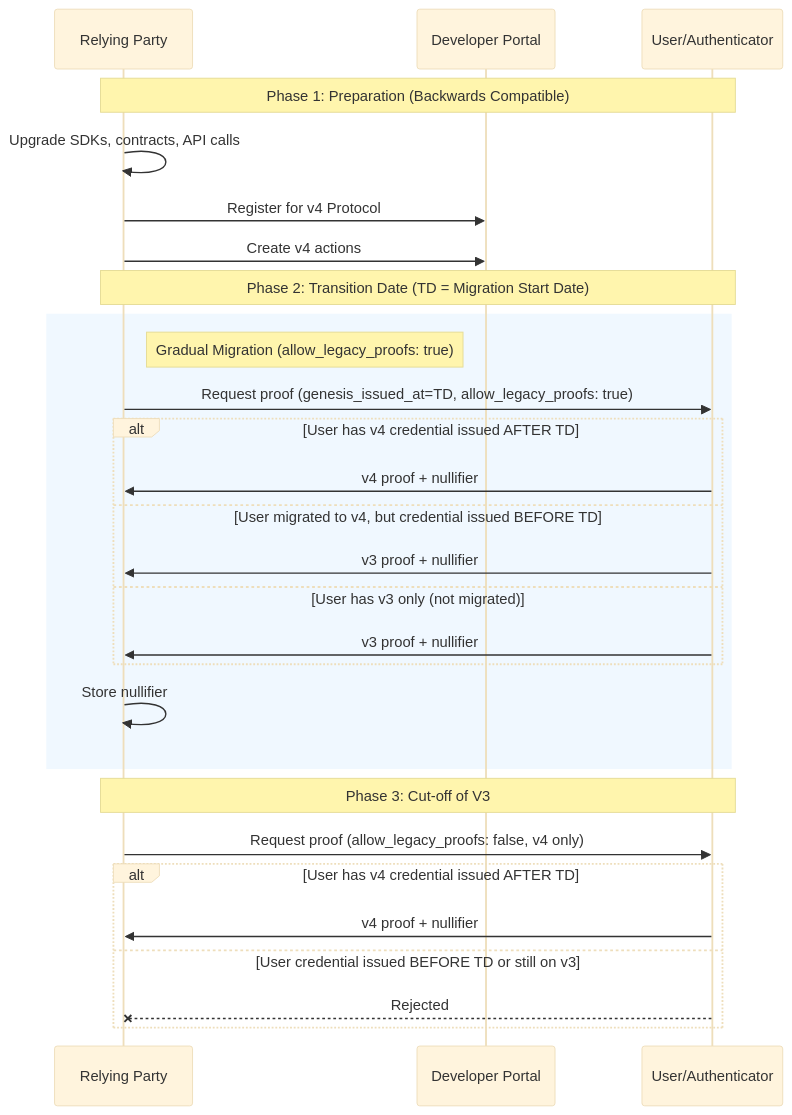
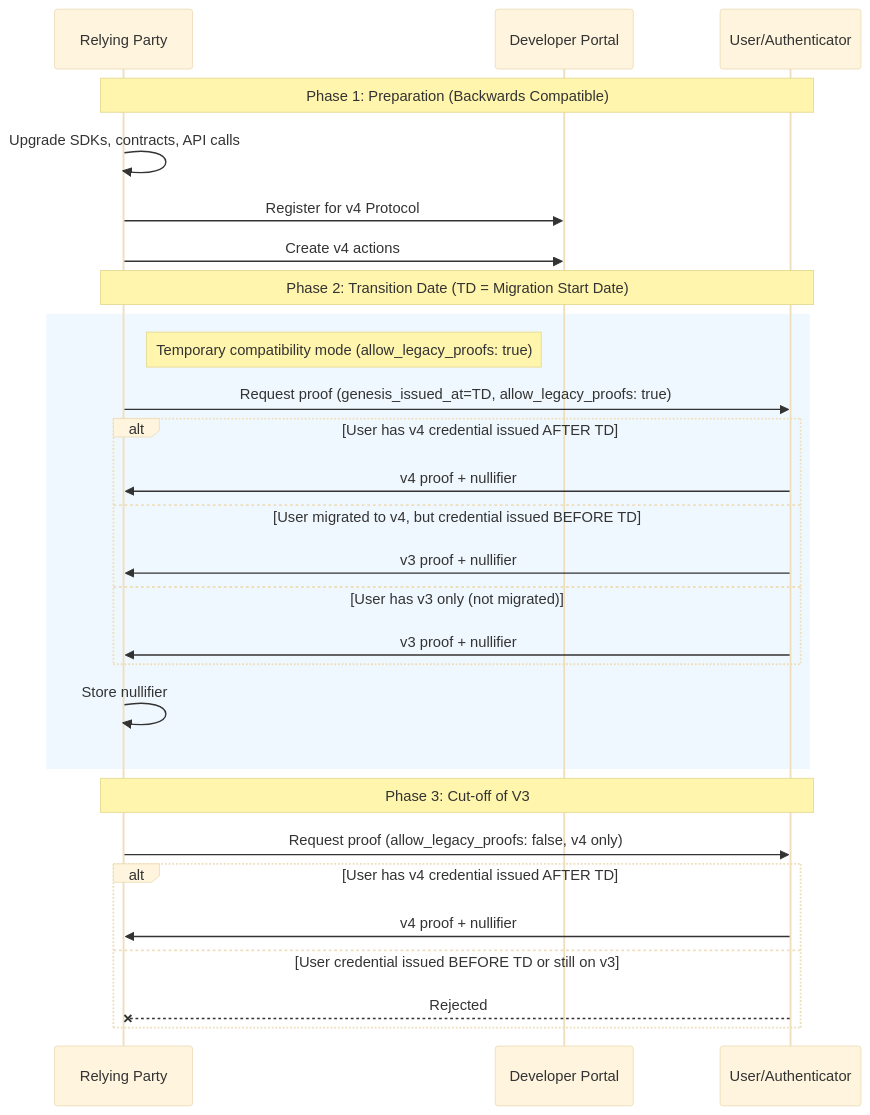
One commit to worldcoin/developer-docs changed the first of 3 diagrams in world-id/4-0-migration.mdx. Above: the diagram before and after it, drawn with Mermaid (base theme). The commit also changed other lines of this file and 1 other file, not shown here.

````diff
--- a/world-id/4-0-migration.mdx
+++ b/world-id/4-0-migration.mdx
@@ -130,33 +71,33 @@
 ```mermaid
 sequenceDiagram
     participant RP as Relying Party
     participant Portal as Developer Portal
     participant User as User/Authenticator
 
     Note over RP,User: Phase 1: Preparation (Backwards Compatible)
     RP->>RP: Upgrade SDKs, contracts, API calls
     RP->>Portal: Register for v4 Protocol
     RP->>Portal: Create v4 actions
 
     Note over RP,User: Phase 2: Transition Date (TD = Migration Start Date)
     rect rgb(240, 248, 255)
-        Note right of RP: Gradual Migration (allow_legacy_proofs: true)
+        Note right of RP: Temporary compatibility mode (allow_legacy_proofs: true)
         RP->>User: Request proof (genesis_issued_at=TD, allow_legacy_proofs: true)
         alt User has v4 credential issued AFTER TD
             User->>RP: v4 proof + nullifier
         else User migrated to v4, but credential issued BEFORE TD
             User->>RP: v3 proof + nullifier
         else User has v3 only (not migrated)
             User->>RP: v3 proof + nullifier
         end
         RP->>RP: Store nullifier
     end
 
     Note over RP,User: Phase 3: Cut-off of V3
     RP->>User: Request proof (allow_legacy_proofs: false, v4 only)
     alt User has v4 credential issued AFTER TD
         User->>RP: v4 proof + nullifier
     else User credential issued BEFORE TD or still on v3
         User--xRP: Rejected
     end
 ```
````
